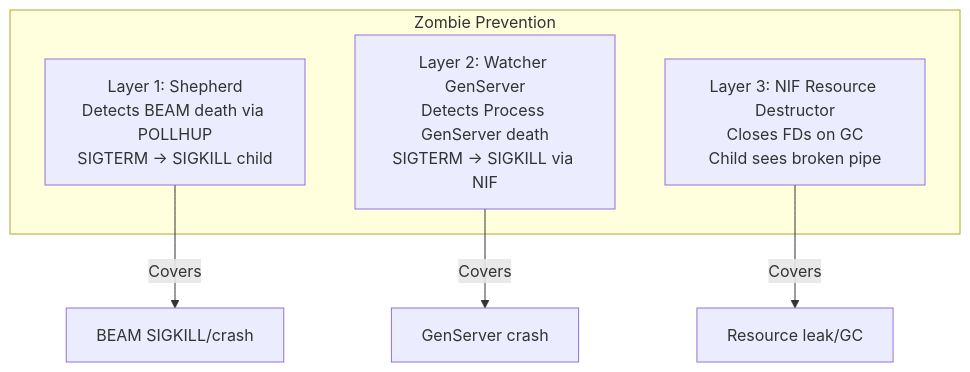
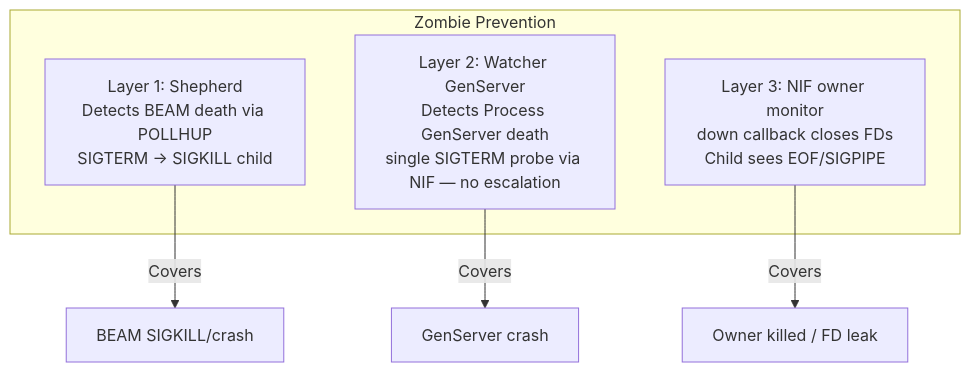
The third of 3 diagrams in docs/architecture.md (nyo16/net_runner), drawn with Mermaid before and after one commit. The commit also changed other lines of this file and 38 other files, not shown here.

````diff
--- a/docs/architecture.md
+++ b/docs/architecture.md
@@ -59,11 +70,11 @@
 ```mermaid
 graph TD
     subgraph "Zombie Prevention"
         L1[Layer 1: Shepherd<br/>Detects BEAM death via POLLHUP<br/>SIGTERM → SIGKILL child]
-        L2[Layer 2: Watcher GenServer<br/>Detects Process GenServer death<br/>SIGTERM → SIGKILL via NIF]
-        L3[Layer 3: NIF Resource Destructor<br/>Closes FDs on GC<br/>Child sees broken pipe]
+        L2[Layer 2: Watcher GenServer<br/>Detects Process GenServer death<br/>single SIGTERM probe via NIF — no escalation]
+        L3[Layer 3: NIF owner monitor<br/>down callback closes FDs<br/>Child sees EOF/SIGPIPE]
     end
     L1 -->|Covers| BEAM_CRASH[BEAM SIGKILL/crash]
     L2 -->|Covers| GS_CRASH[GenServer crash]
-    L3 -->|Covers| LEAK[Resource leak/GC]
+    L3 -->|Covers| LEAK[Owner killed / FD leak]
 ```
````
